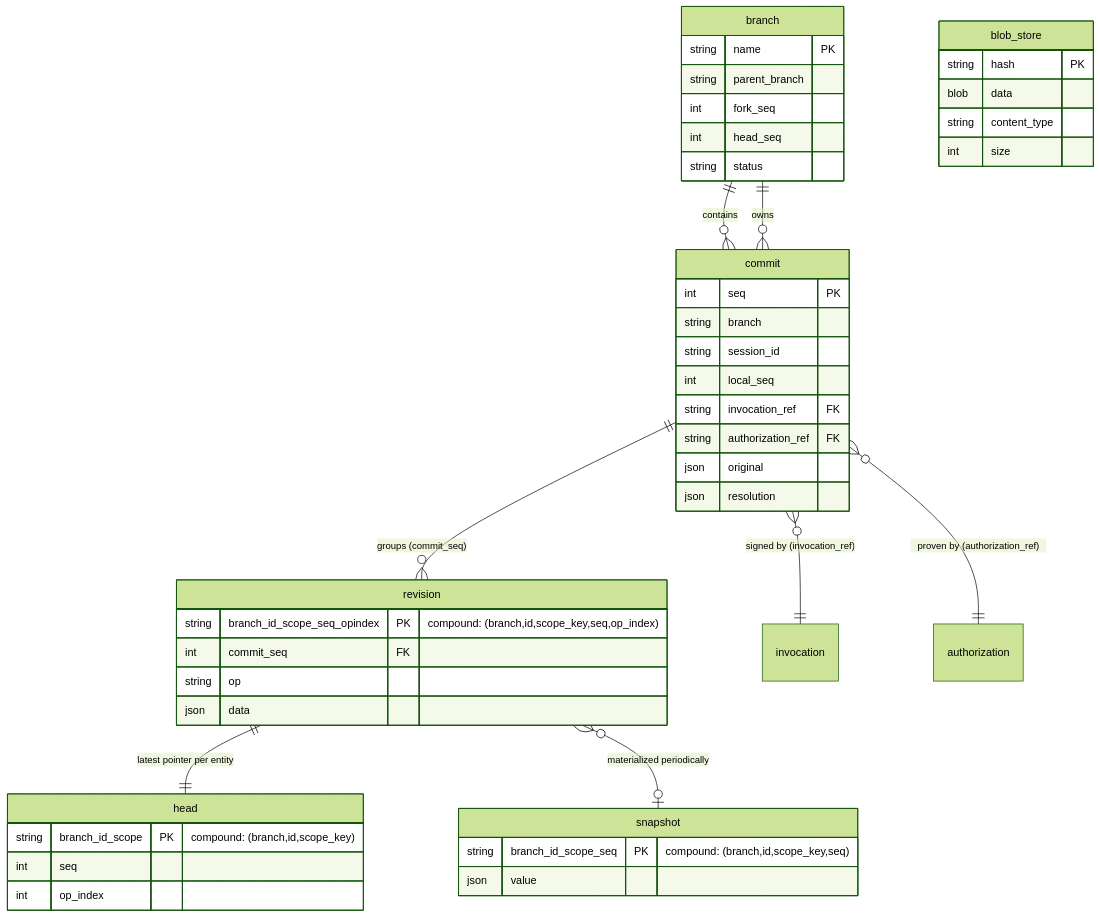
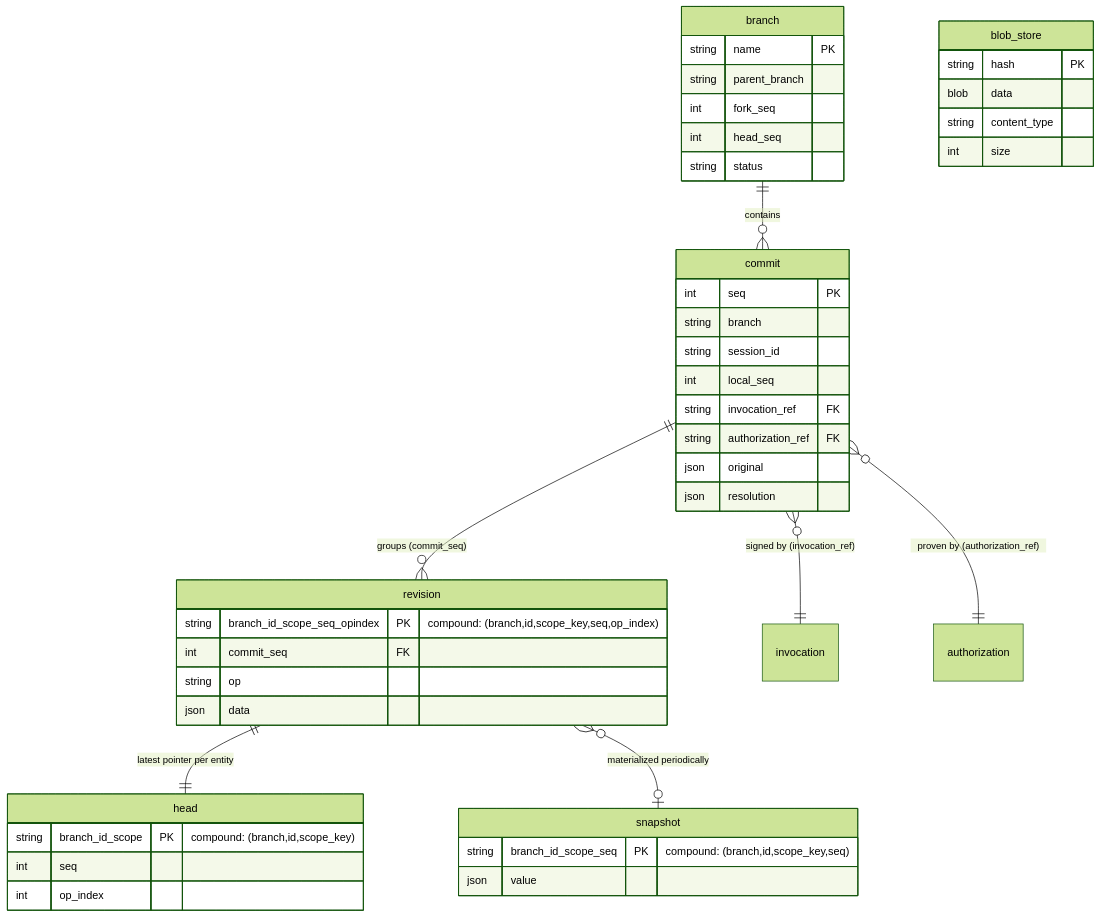
The third of 5 diagrams in docs/development/orientation/storage-substrate.md (commontoolsinc/labs), drawn with Mermaid (forest theme) before and after one commit. The commit also changed other lines of this file and 9 other files, not shown here.

````diff
--- a/docs/development/orientation/storage-substrate.md
+++ b/docs/development/orientation/storage-substrate.md
@@ -114,50 +114,48 @@
 ```mermaid
 erDiagram
     commit ||--o{ revision : "groups (commit_seq)"
     commit }o--|| invocation : "signed by (invocation_ref)"
     commit }o--|| authorization : "proven by (authorization_ref)"
     branch ||--o{ commit : "contains"
     revision ||--|| head : "latest pointer per entity"
     revision }o--o| snapshot : "materialized periodically"
-
-    branch ||--o{ commit : "owns"
 
     commit {
         int seq PK
         string branch
         string session_id
         int local_seq
         string invocation_ref FK
         string authorization_ref FK
         json original
         json resolution
     }
     revision {
         string branch_id_scope_seq_opindex PK "compound: (branch,id,scope_key,seq,op_index)"
         int commit_seq FK
         string op
         json data
     }
     head {
         string branch_id_scope PK "compound: (branch,id,scope_key)"
         int seq
         int op_index
     }
     snapshot {
         string branch_id_scope_seq PK "compound: (branch,id,scope_key,seq)"
         json value
     }
     branch {
         string name PK
         string parent_branch
         int fork_seq
         int head_seq
         string status
     }
     blob_store {
         string hash PK
         blob data
         string content_type
         int size
     }
 ```
````
